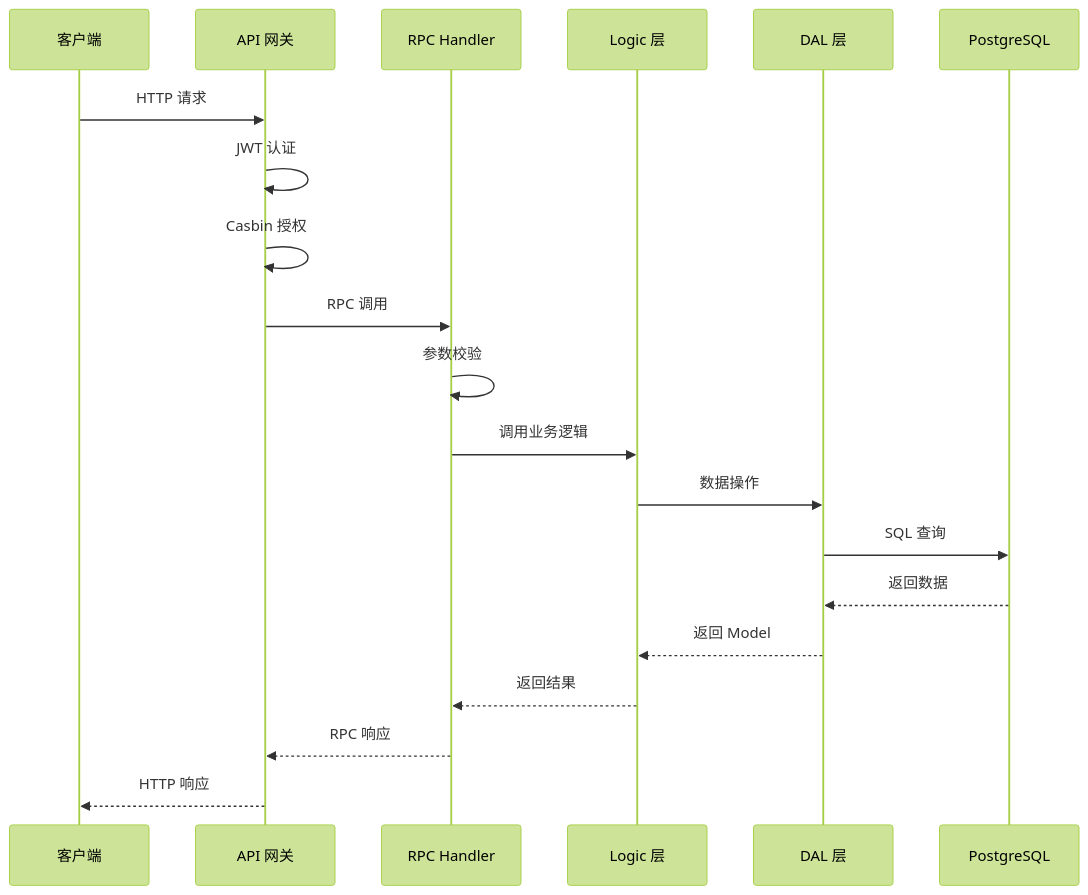
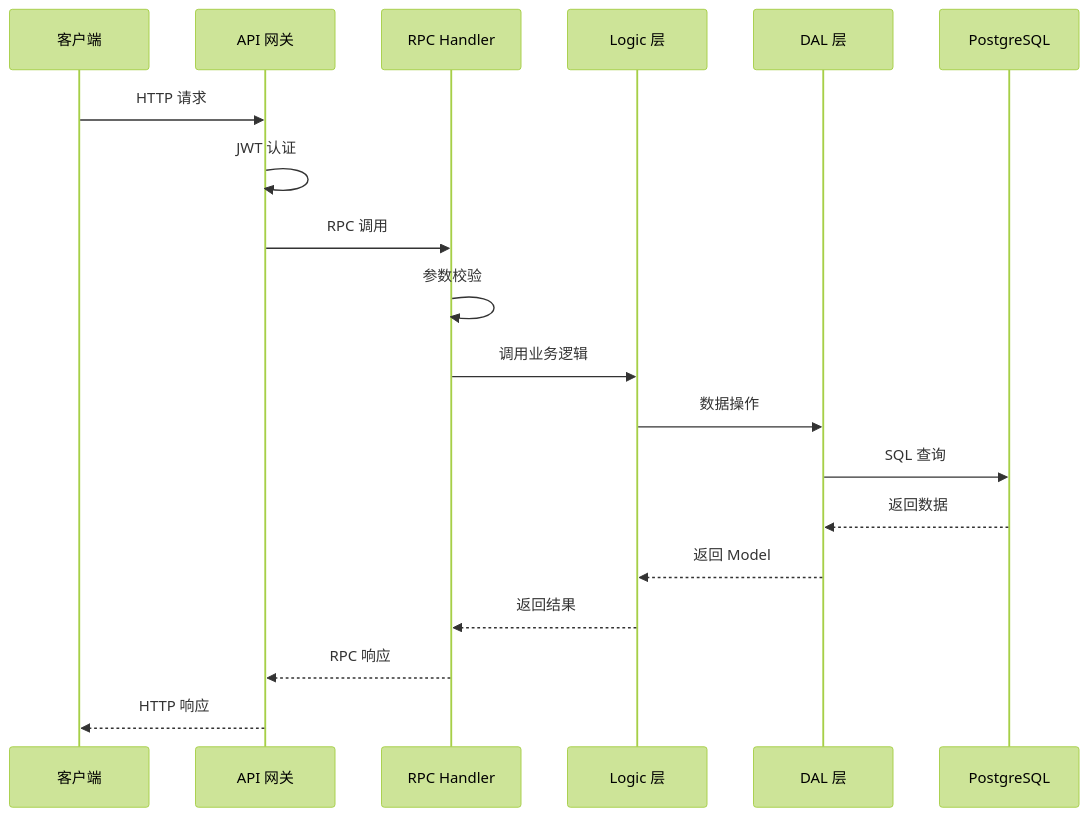
The fourth of 6 diagrams in docs/02-architecture.md (masonsxu/cloudwego-microservice-demo), drawn with Mermaid (forest theme) before and after one commit. The commit also changed other lines of this file and 2 other files, not shown here.

````diff
--- a/docs/02-architecture.md
+++ b/docs/02-architecture.md
@@ -236,23 +235,22 @@
 ```mermaid
 sequenceDiagram
     participant Client as 客户端
     participant Gateway as API 网关
     participant Handler as RPC Handler
     participant Logic as Logic 层
     participant DAL as DAL 层
     participant DB as PostgreSQL
 
     Client->>Gateway: HTTP 请求
     Gateway->>Gateway: JWT 认证
-    Gateway->>Gateway: Casbin 授权
     Gateway->>Handler: RPC 调用
     Handler->>Handler: 参数校验
     Handler->>Logic: 调用业务逻辑
     Logic->>DAL: 数据操作
     DAL->>DB: SQL 查询
     DB-->>DAL: 返回数据
     DAL-->>Logic: 返回 Model
     Logic-->>Handler: 返回结果
     Handler-->>Gateway: RPC 响应
     Gateway-->>Client: HTTP 响应
 ```
````
